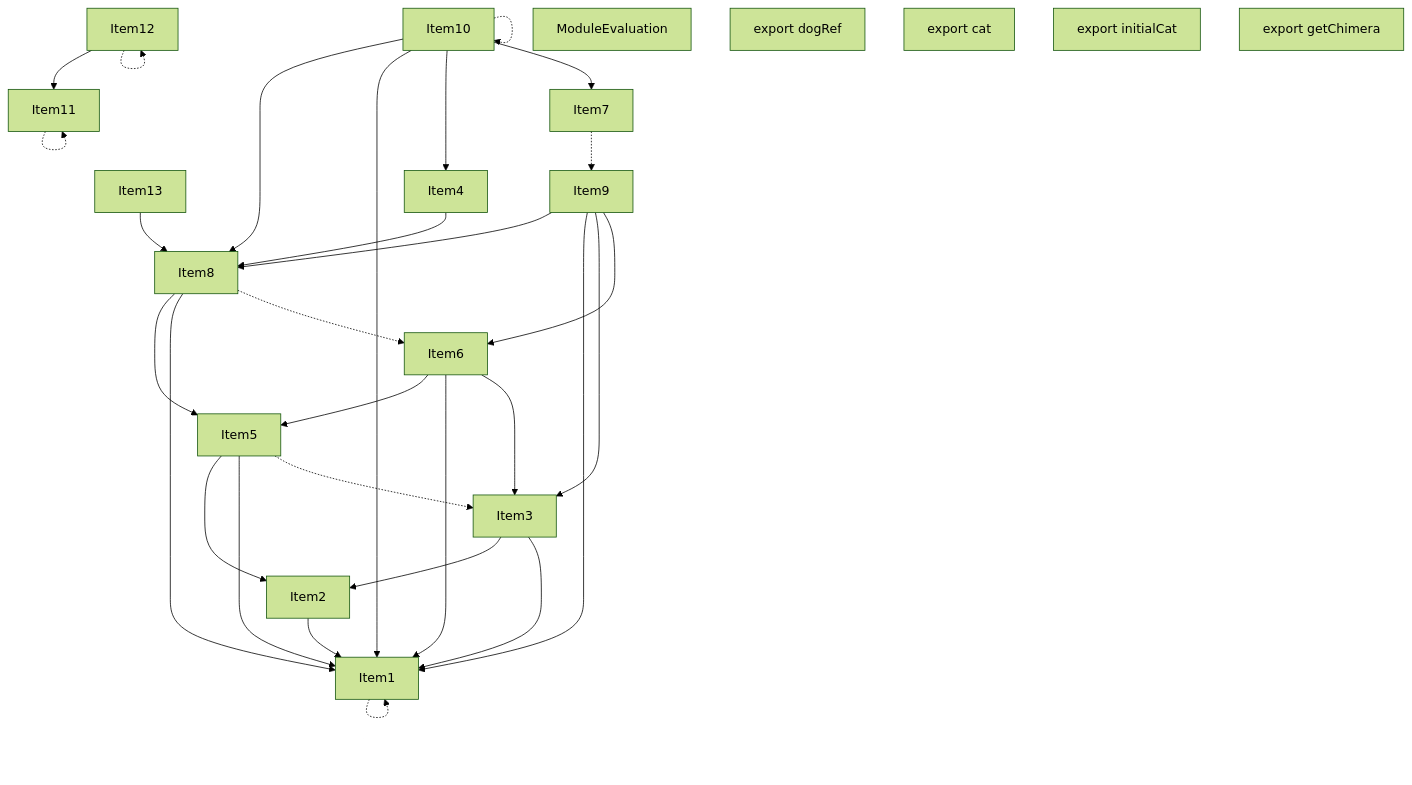
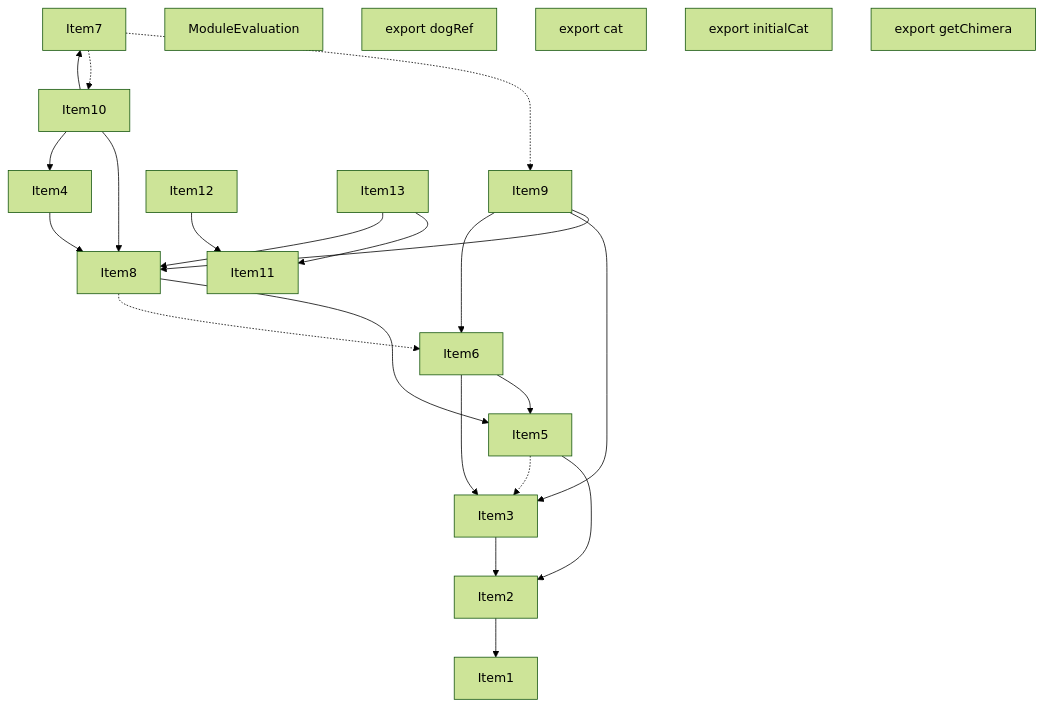
One commit to vercel/turborepo changed the third of 5 diagrams in crates/turbopack-ecmascript/tests/tree-shaker/analyzer/complex/output.md. Above: the diagram before and after it, drawn with Mermaid (forest theme). The commit also changed other lines of this file and 20 other files, not shown here.

````diff
--- a/crates/turbopack-ecmascript/tests/tree-shaker/analyzer/complex/output.md
+++ b/crates/turbopack-ecmascript/tests/tree-shaker/analyzer/complex/output.md
@@ -233,54 +223,46 @@
 ```mermaid
 graph TD
     Item1;
     Item2;
     Item3;
     Item4;
     Item5;
     Item6;
     Item7;
     Item8;
     Item9;
     Item10;
     Item11;
     Item12;
     Item13;
     Item14;
     Item14["ModuleEvaluation"];
     Item15;
     Item15["export dogRef"];
     Item16;
     Item16["export cat"];
     Item17;
     Item17["export initialCat"];
     Item18;
     Item18["export getChimera"];
-    Item1 -.-> Item1;
     Item2 --> Item1;
     Item3 --> Item2;
-    Item3 --> Item1;
     Item5 --> Item2;
-    Item5 --> Item1;
     Item5 -.-> Item3;
     Item6 --> Item5;
-    Item6 --> Item1;
     Item6 --> Item3;
     Item8 --> Item5;
-    Item8 --> Item1;
     Item8 -.-> Item6;
     Item9 --> Item8;
-    Item9 --> Item1;
     Item9 --> Item3;
     Item9 --> Item6;
     Item10 --> Item8;
-    Item10 --> Item1;
     Item10 --> Item4;
     Item10 --> Item7;
-    Item10 -.-> Item10;
-    Item11 -.-> Item11;
     Item12 --> Item11;
-    Item12 -.-> Item12;
     Item4 --> Item8;
     Item7 -.-> Item9;
+    Item7 -.-> Item10;
+    Item13 --> Item11;
     Item13 --> Item8;
 ```
````
